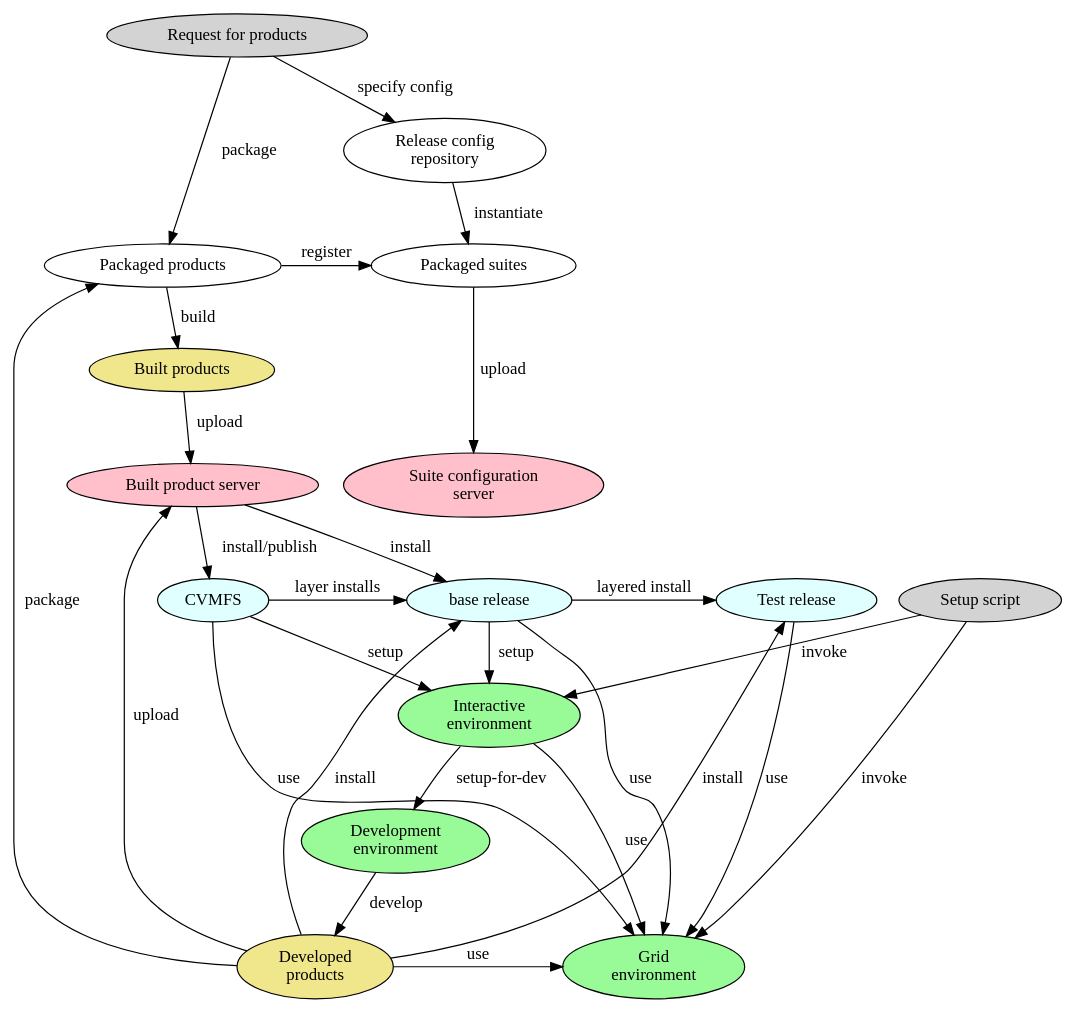
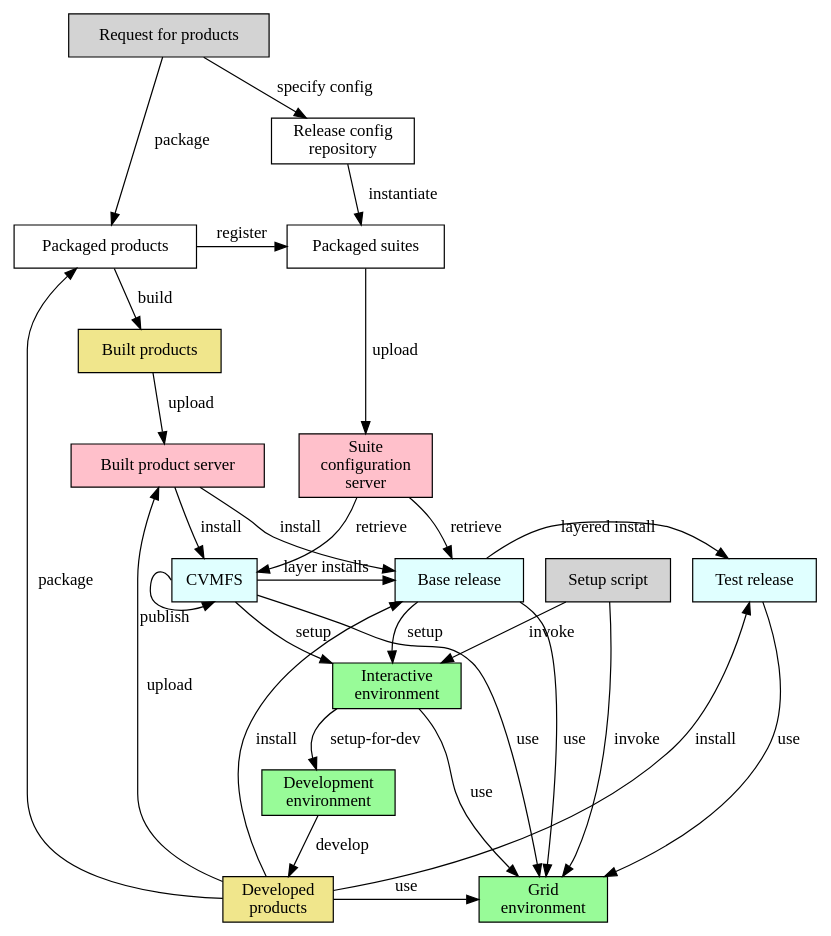
The diagram in spack.gv (marcpaterno/spack_retreat), drawn with Graphviz before and after one commit. The commit also changed 1 other file, not shown here.

Commit message:
Thurs morning pass through diagram

```diff
--- a/spack.gv
+++ b/spack.gv
@@ -1,54 +1,62 @@
 digraph test {
+
+  node [shape="rectangle"]
   
   request [label="Request for products", style=filled, fillcolor=lightgray]
   package [label="Packaged products"]
   scisoft [label="Built product server", style=filled, fillcolor=pink]
-  config_server [label="Suite configuration\nserver", style=filled, fillcolor=pink]
+  suite_config_server [label="Suite\nconfiguration\nserver", style=filled, fillcolor=pink]
   build [label="Built products", style=filled, fillcolor=khaki]
   packaged_suites [label="Packaged suites"]
   release_config [label="Release config\nrepository"]
   developed [label="Developed\nproducts", style=filled, fillcolor=khaki]
-  local_install [label="base release", style=filled, fillcolor=lightcyan]
+  local_install [label="Base release", style=filled, fillcolor=lightcyan]
   test_release [label="Test release", style=filled, fillcolor=lightcyan]
   CVMFS [style=filled, fillcolor=lightcyan]
   interactive [label="Interactive\nenvironment", style=filled, fillcolor=palegreen]
   grid [label="Grid\nenvironment", style=filled, fillcolor=palegreen]
   development [label="Development\nenvironment", style=filled, fillcolor=palegreen]
   setup [label="Setup script", style=filled, fillcolor=lightgray]
 
   { rank = same; developed; grid }
   { rank = same; packaged_suites; package }
   { rank = same; test_release; local_install; CVMFS }
-  { rank = same; config_server; scisoft}
+  { rank = same; suite_config_server; scisoft}
 
   request -> package [label=" package"]
   request -> release_config [label="specify config"]
   
   release_config -> packaged_suites [label = "instantiate"]
   
   package -> build [label=" build"]
   package -> packaged_suites [label="register"]
   
-  packaged_suites -> config_server [label="upload"]
+  packaged_suites -> suite_config_server [label="upload"]
+  
+  suite_config_server -> CVMFS [label="retrieve"]
+  suite_config_server -> local_install [label="retrieve"]
+
   
   build -> scisoft [label=" upload"]
-  scisoft -> CVMFS [label=" install/publish"]
+  scisoft -> CVMFS [label="install"]
   scisoft -> local_install [label="install"]
   local_install -> interactive [label=" setup"]
   local_install -> test_release[label="layered install"]
+  
+  CVMFS:w -> CVMFS:s [xlabel="publish"]
   CVMFS -> interactive [label=" setup"]
   CVMFS -> local_install [label="layer installs "]
   local_install -> grid [label=" use"]
   test_release -> grid [label="use"]
   CVMFS -> grid [label=" use"]
   interactive -> development [label=" setup-for-dev"]
   interactive -> grid [label="use"]
   setup -> interactive [label=" invoke"]
   setup -> grid [label=" invoke"]
   development -> developed [label=" develop"]
   developed -> local_install [label=" install"]
   developed -> grid [label="use"]
   developed -> scisoft [label=" upload"]
   developed -> package [label=" package"]
   developed -> test_release [label="install"]
 }
```
